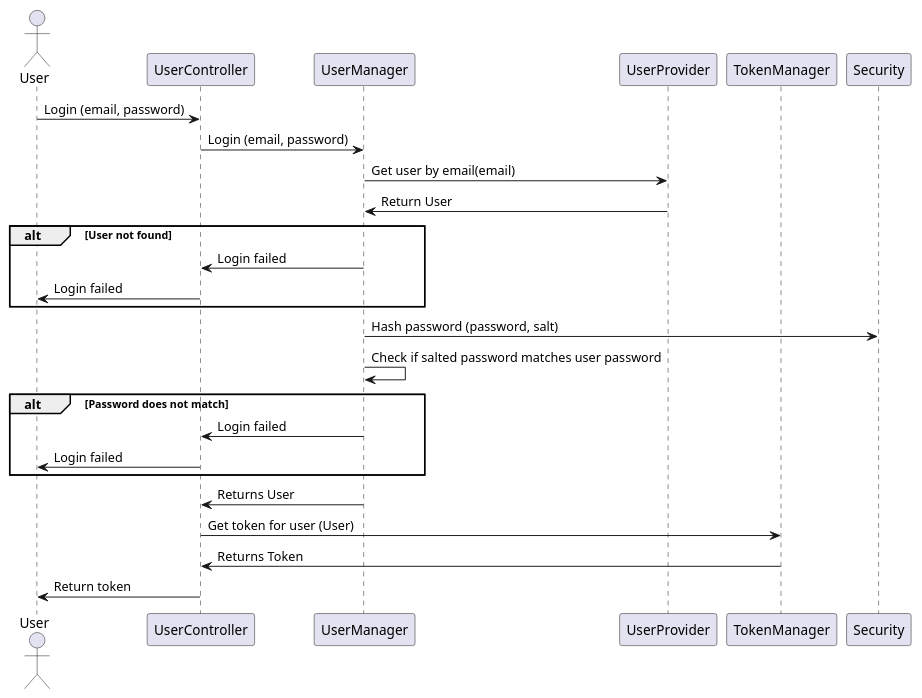
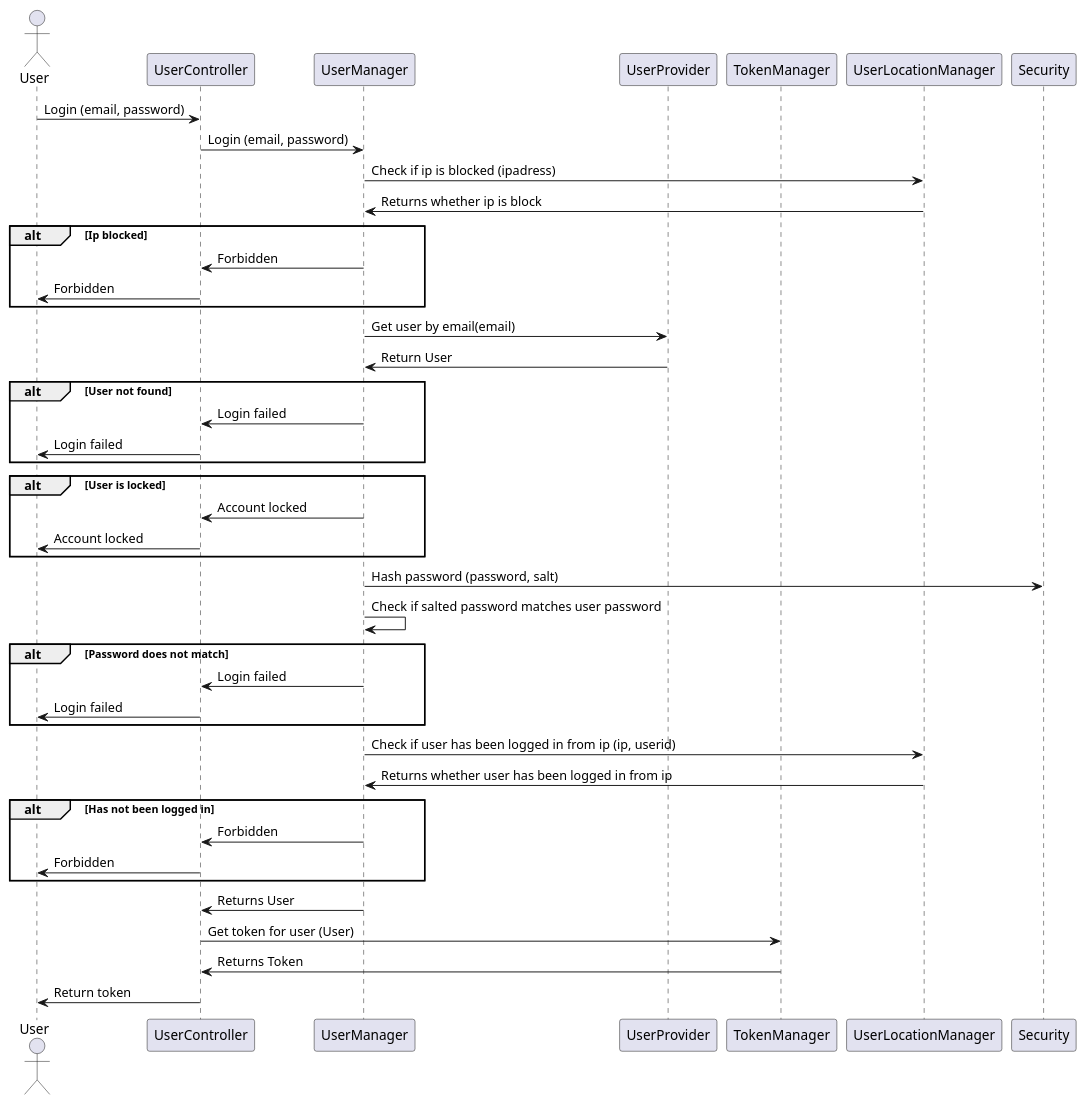
Before and after one commit to blackout1471/trust-us-school: the diagram in Docs/SDDiagrams/LoginSD.plantuml, drawn with PlantUML. The commit also changed 29 other files, not shown here.

Commit message:
Added user location checks

```diff
--- a/Docs/SDDiagrams/LoginSD.plantuml
+++ b/Docs/SDDiagrams/LoginSD.plantuml
@@ -1,38 +1,66 @@
 @startuml Login SD
 
 actor User
 participant UserController
 participant UserManager
 participant UserProvider
 participant TokenManager
+participant UserLocationManager
 participant Security
 
 User->UserController: Login (email, password)
 UserController->UserManager: Login (email, password)
+UserManager->UserLocationManager: Check if ip is blocked (ipadress)
+UserLocationManager->UserManager: Returns whether ip is block
+
+alt Ip blocked
+UserManager->UserController: Forbidden
+UserController->User: Forbidden
+end
+
 UserManager->UserProvider: Get user by email(email)
 UserProvider->UserManager: Return User
+
 
 alt User not found
 
 UserManager->UserController: Login failed
 UserController->User: Login failed
+
+end
+
+alt User is locked
+
+UserManager->UserController: Account locked
+UserController->User: Account locked
 
 end
 
 UserManager->Security: Hash password (password, salt)
 UserManager->UserManager: Check if salted password matches user password
 
 alt Password does not match
 
 UserManager->UserController: Login failed
 UserController->User: Login failed
 
 end
 
+
+UserManager->UserLocationManager: Check if user has been logged in from ip (ip, userid)
+UserLocationManager->UserManager: Returns whether user has been logged in from ip
+
+alt Has not been logged in
+
+UserManager->UserController: Forbidden
+UserController->User: Forbidden
+
+end
+
 UserManager->UserController: Returns User
 UserController->TokenManager: Get token for user (User)
 TokenManager->UserController: Returns Token
 
 UserController->User: Return token
 
 @enduml
```
